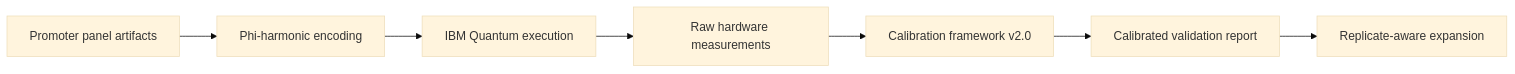
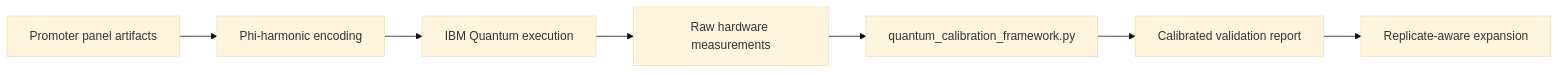
One commit to quantumdynamics927-dotcom/AGI-model changed the diagram in README.md. Above: the diagram before and after it, drawn with Mermaid (base theme). The commit also changed other lines of this file and 3 other files, not shown here.

````diff
--- a/README.md
+++ b/README.md
@@ -58,9 +58,9 @@
 ```mermaid
 flowchart LR
     A[Promoter panel artifacts] --> B[Phi-harmonic encoding]
     B --> C[IBM Quantum execution]
     C --> D[Raw hardware measurements]
-    D --> E[Calibration framework v2.0]
+    D --> E[quantum_calibration_framework.py]
     E --> F[Calibrated validation report]
     F --> G[Replicate-aware expansion]
 ```
````
